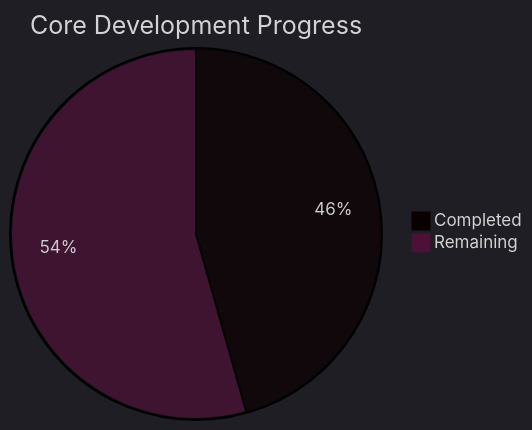
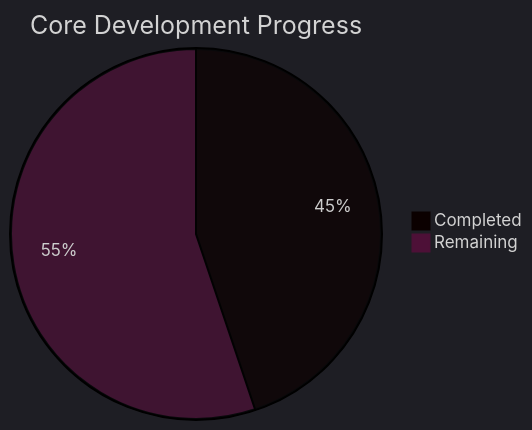
One commit to Neogleamz/SK8Lytz changed the first of 5 diagrams in tools/SK8Lytz_Bucket_List.md. Above: the diagram before and after it, drawn with Mermaid. The commit also changed other lines of this file and 9 other files, not shown here.

Commit message:
chore(docs): add domain-architecture-audit to critical bucket list

````diff
--- a/tools/SK8Lytz_Bucket_List.md
+++ b/tools/SK8Lytz_Bucket_List.md
@@ -9,6 +9,6 @@
 ```mermaid
 %%{init: {'theme': 'dark'}}%%
 pie title Core Development Progress
   "Completed" : 26
-  "Remaining" : 31
+  "Remaining" : 32
 ```
````
